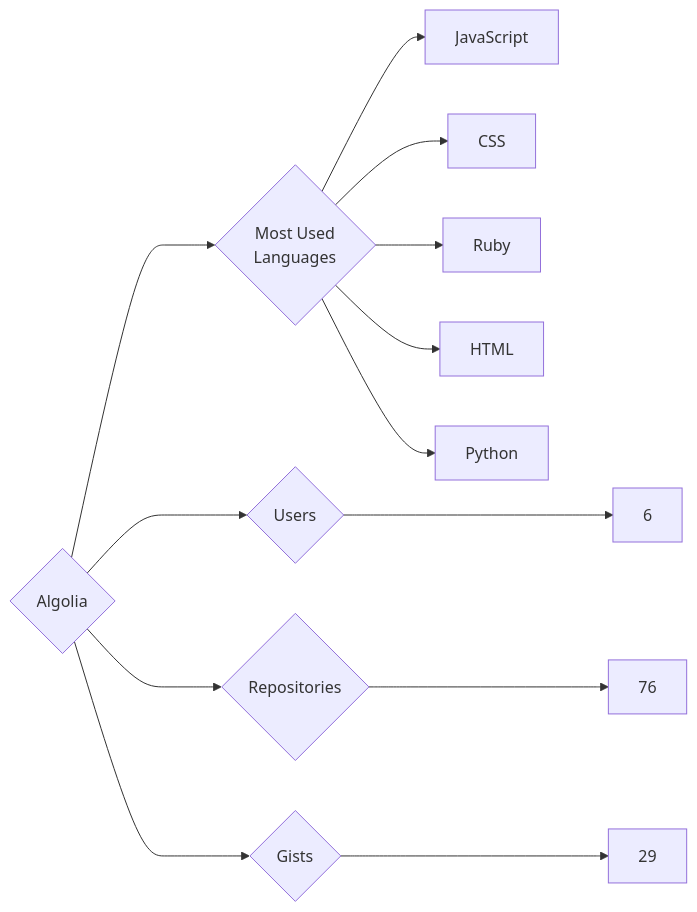
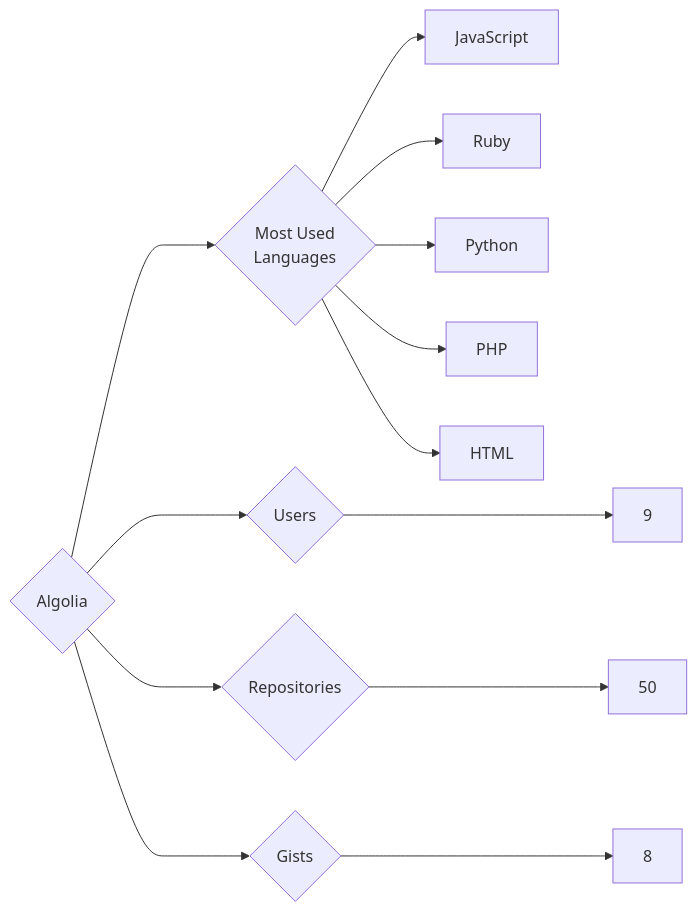
One commit to trickest/insiders changed the diagram in targets/Algolia/README.md. Above: the diagram before and after it, drawn with Mermaid. The commit also changed 611 other files, not shown here.

````diff
--- a/targets/Algolia/README.md
+++ b/targets/Algolia/README.md
@@ -3,13 +3,13 @@
 ```mermaid
 graph LR
 COMPANY_NAME{Algolia}
-COMPANY_NAME ---> U{Users} ---> UN[6]
-COMPANY_NAME ---> R{Repositories} ---> RN[76]
-COMPANY_NAME ---> G{Gists} ---> GN[29]
+COMPANY_NAME ---> U{Users} ---> UN[9]
+COMPANY_NAME ---> R{Repositories} ---> RN[50]
+COMPANY_NAME ---> G{Gists} ---> GN[8]
 COMPANY_NAME ---> ML{Most Used<br>Languages}
 ML --> JavaScript[JavaScript]
-ML --> CSS[CSS]
 ML --> Ruby[Ruby]
+ML --> Python[Python]
+ML --> PHP[PHP]
 ML --> HTML[HTML]
-ML --> Python[Python]
 ```
````
